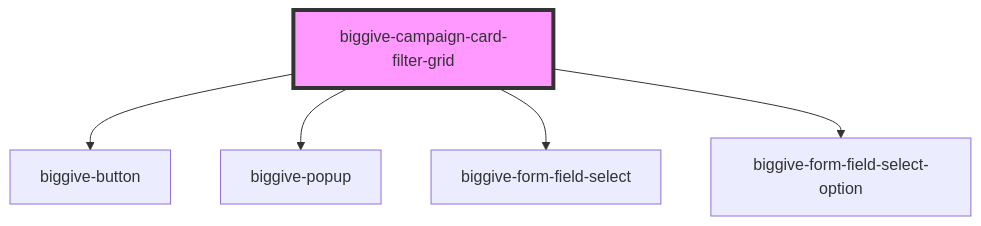
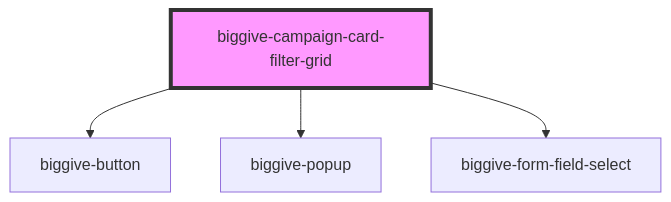
Before and after one commit to thebiggive/donate-frontend: the diagram in src/components/biggive-campaign-card-filter-grid/readme.md, drawn with Mermaid. The commit also changed other lines of this file and 15 other files, not shown here.

First line of the commit message:
DON-610: Replace drop-down with native browser select / option elements

````diff
--- a/src/components/biggive-campaign-card-filter-grid/readme.md
+++ b/src/components/biggive-campaign-card-filter-grid/readme.md
@@ -45,8 +44,7 @@
 ```mermaid
 graph TD;
   biggive-campaign-card-filter-grid --> biggive-button
   biggive-campaign-card-filter-grid --> biggive-popup
   biggive-campaign-card-filter-grid --> biggive-form-field-select
-  biggive-campaign-card-filter-grid --> biggive-form-field-select-option
   style biggive-campaign-card-filter-grid fill:#f9f,stroke:#333,stroke-width:4px
 ```
````
